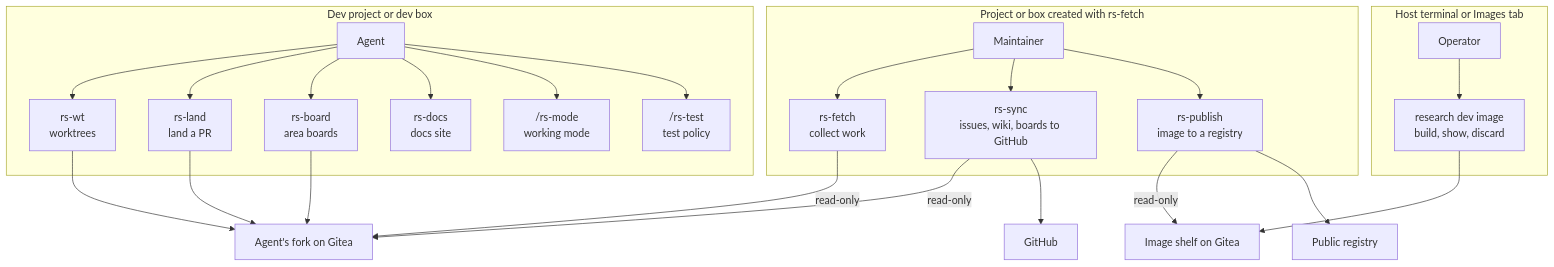
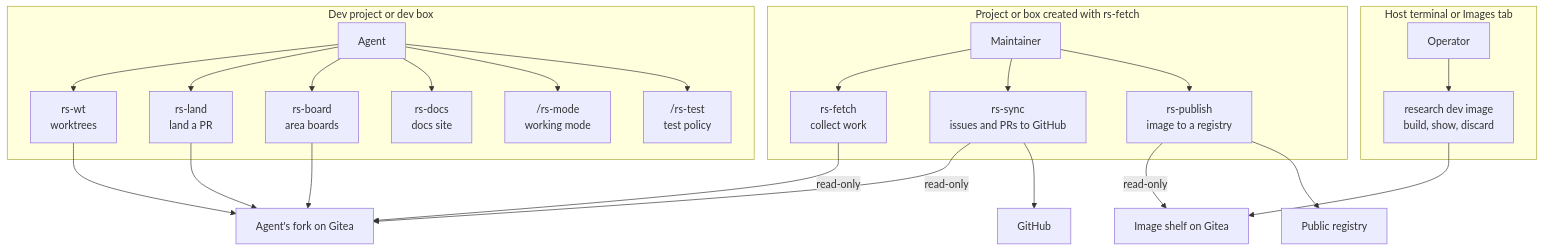
One commit to joaopn/research-sandbox changed the diagram in docs/architecture/Container-commands.md. Above: the diagram before and after it, drawn with Mermaid. The commit also changed other lines of this file and 4 other files, not shown here.

First line of the commit message:
feat: rs-sync mirrors the wiki and the board only when asked

````diff
--- a/docs/architecture/Container-commands.md
+++ b/docs/architecture/Container-commands.md
@@ -13,28 +13,28 @@
 ```mermaid
 flowchart TD
   subgraph dev["Dev project or dev box"]
     agent["Agent"] --> wt["rs-wt<br/>worktrees"]
     agent --> land["rs-land<br/>land a PR"]
     agent --> board["rs-board<br/>area boards"]
     agent --> docs["rs-docs<br/>docs site"]
     agent --> mode["/rs-mode<br/>working mode"]
     agent --> test["/rs-test<br/>test policy"]
   end
   subgraph fetch["Project or box created with rs-fetch"]
     person["Maintainer"] --> rsfetch["rs-fetch<br/>collect work"]
-    person --> rssync["rs-sync<br/>issues, wiki, boards to GitHub"]
+    person --> rssync["rs-sync<br/>issues and PRs to GitHub"]
     person --> rspub["rs-publish<br/>image to a registry"]
   end
   subgraph host["Host terminal or Images tab"]
     op["Operator"] --> img["research dev image<br/>build, show, discard"]
   end
   land --> gitea["Agent's fork on Gitea"]
   wt --> gitea
   board --> gitea
   rsfetch -->|"read-only"| gitea
   rssync -->|"read-only"| gitea
   rssync --> gh["GitHub"]
   img --> shelf["Image shelf on Gitea"]
   rspub -->|"read-only"| shelf
   rspub --> registry["Public registry"]
 ```
````
